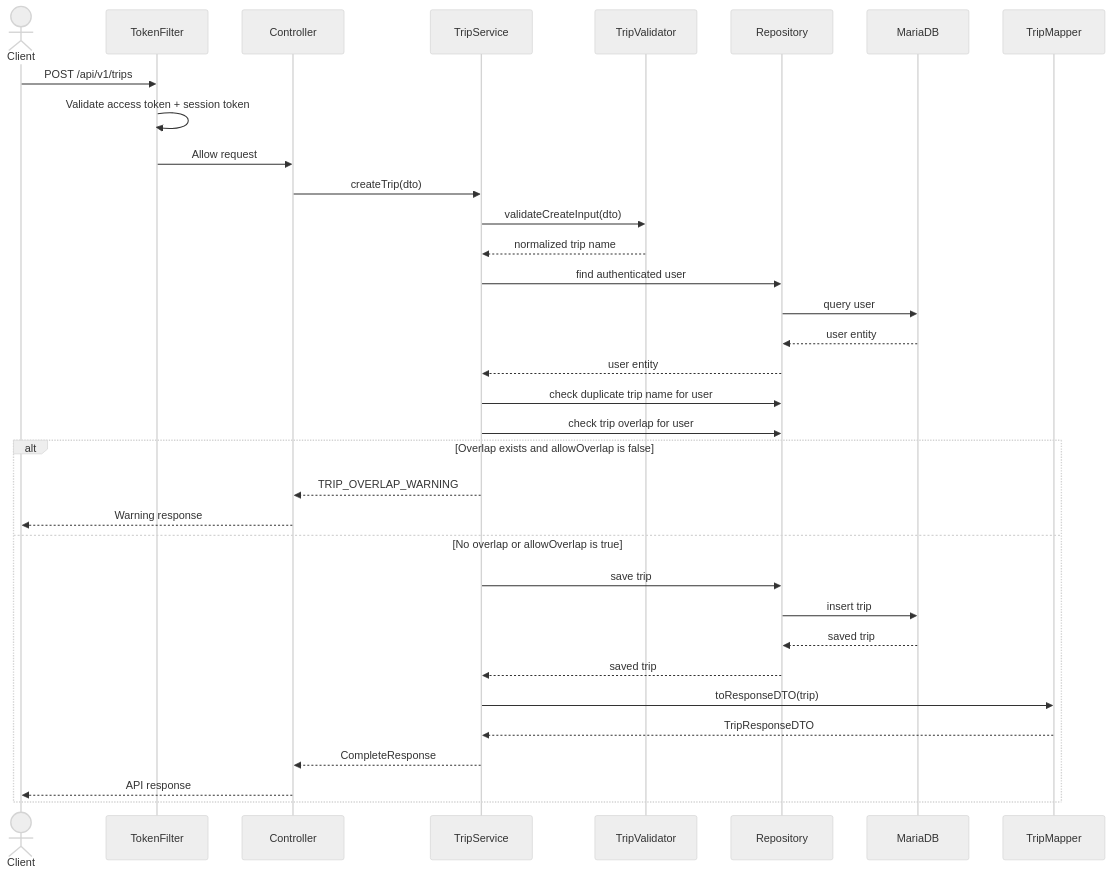
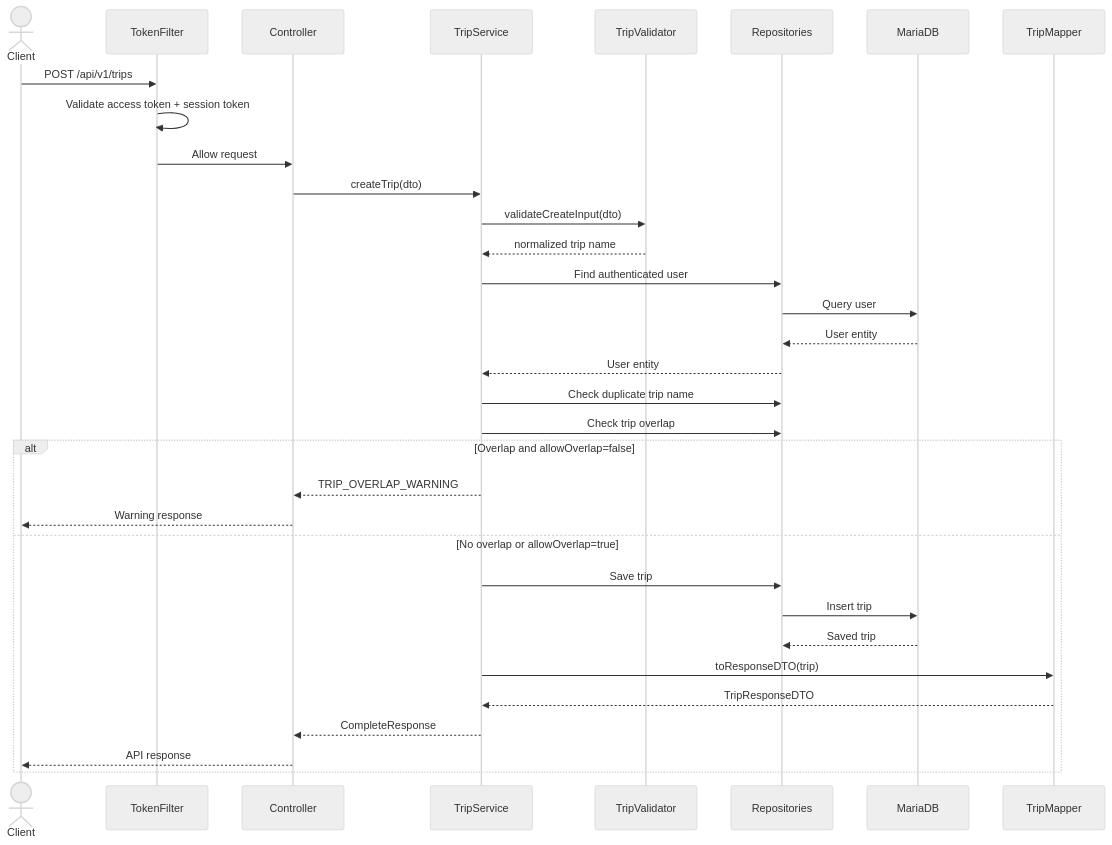
Before and after one commit to JustinBui22/wandermate-fullstack: the second of 3 diagrams in backend/docs/ARCHITECTURE.md, drawn with Mermaid (neutral theme). The commit also changed other lines of this file and 14 other files, not shown here.

````diff
--- a/backend/docs/ARCHITECTURE.md
+++ b/backend/docs/ARCHITECTURE.md
@@ -141,37 +246,36 @@
 ```mermaid
 sequenceDiagram
     actor Client
     participant Security as TokenFilter
     participant Controller
     participant Service as TripService
     participant Validator as TripValidator
-    participant Repo as Repository
+    participant Repo as Repositories
     participant DB as MariaDB
     participant Mapper as TripMapper
 
     Client->>Security: POST /api/v1/trips
     Security->>Security: Validate access token + session token
     Security->>Controller: Allow request
     Controller->>Service: createTrip(dto)
     Service->>Validator: validateCreateInput(dto)
     Validator-->>Service: normalized trip name
-    Service->>Repo: find authenticated user
-    Repo->>DB: query user
-    DB-->>Repo: user entity
-    Repo-->>Service: user entity
-    Service->>Repo: check duplicate trip name for user
-    Service->>Repo: check trip overlap for user
-    alt Overlap exists and allowOverlap is false
+    Service->>Repo: Find authenticated user
+    Repo->>DB: Query user
+    DB-->>Repo: User entity
+    Repo-->>Service: User entity
+    Service->>Repo: Check duplicate trip name
+    Service->>Repo: Check trip overlap
+    alt Overlap and allowOverlap=false
         Service-->>Controller: TRIP_OVERLAP_WARNING
         Controller-->>Client: Warning response
-    else No overlap or allowOverlap is true
-        Service->>Repo: save trip
-        Repo->>DB: insert trip
-        DB-->>Repo: saved trip
-        Repo-->>Service: saved trip
+    else No overlap or allowOverlap=true
+        Service->>Repo: Save trip
+        Repo->>DB: Insert trip
+        DB-->>Repo: Saved trip
         Service->>Mapper: toResponseDTO(trip)
         Mapper-->>Service: TripResponseDTO
         Service-->>Controller: CompleteResponse
         Controller-->>Client: API response
     end
 ```
````
